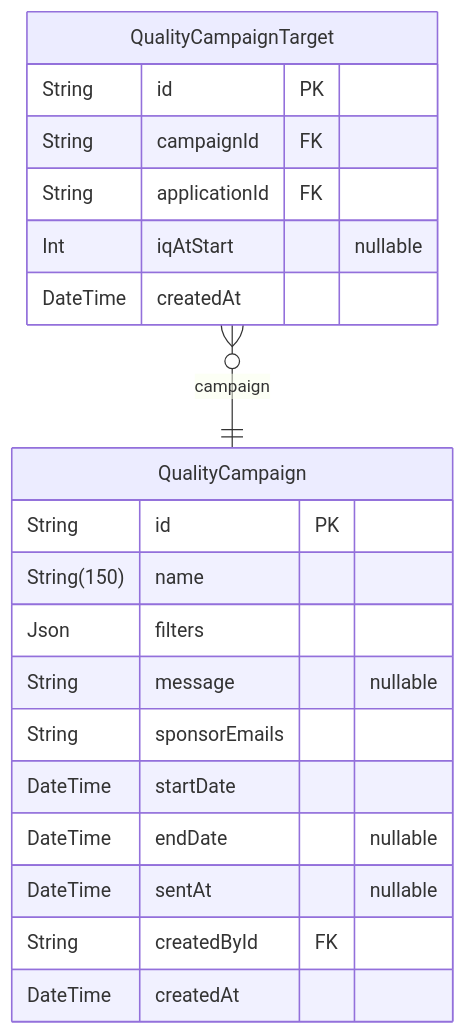
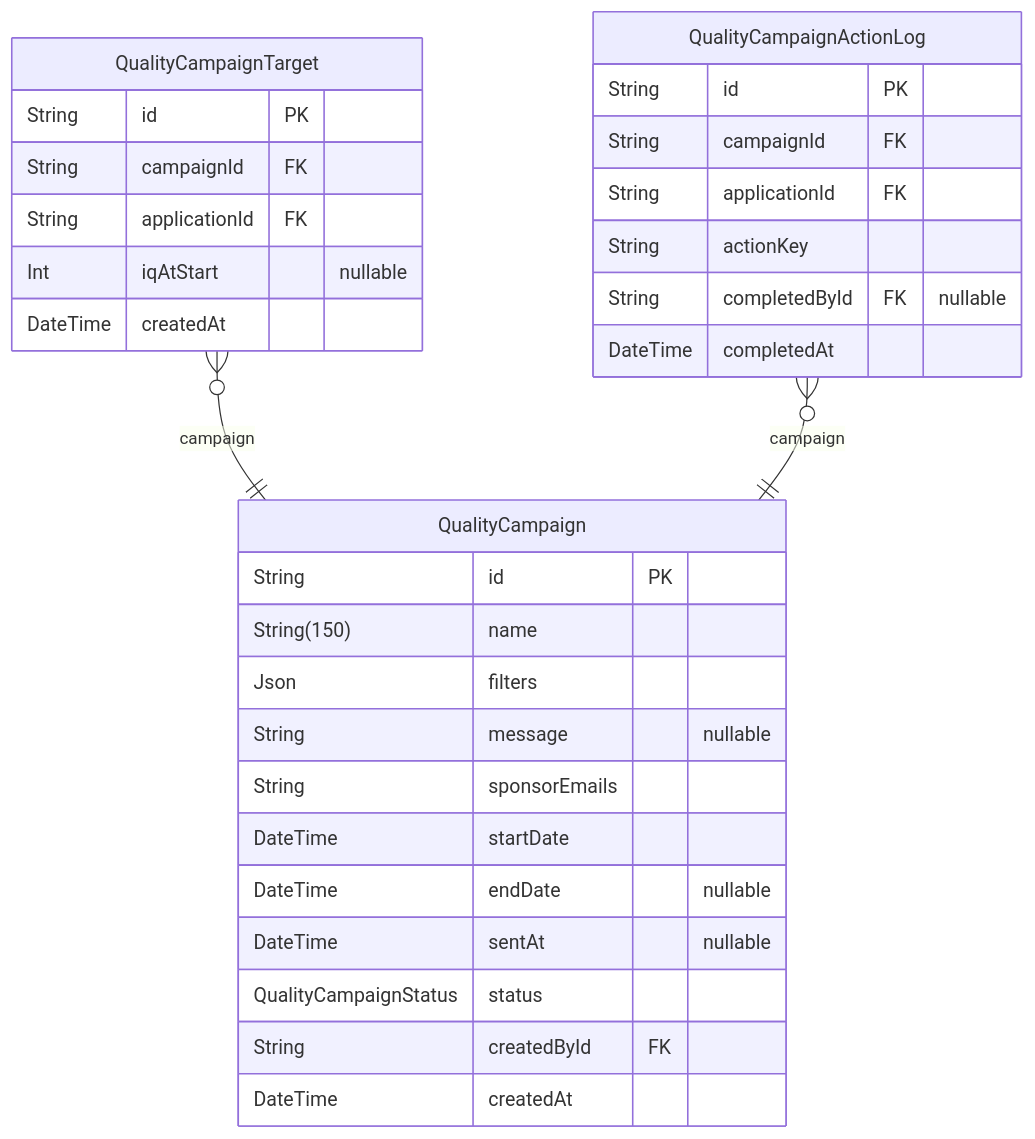
One commit to dnum-mi/referentiel-applications changed diagram 11 of 15 in backend/prisma/docs/schema.md. Above: the diagram before and after it, drawn with Mermaid. The commit also changed other lines of this file and 24 other files, not shown here.

````diff
--- a/backend/prisma/docs/schema.md
+++ b/backend/prisma/docs/schema.md
@@ -1125,23 +1125,33 @@
 ```mermaid
 erDiagram
 "QualityCampaign" {
   String id PK
   String(150) name
   Json filters
   String message "nullable"
   String sponsorEmails
   DateTime startDate
   DateTime endDate "nullable"
   DateTime sentAt "nullable"
+  QualityCampaignStatus status
   String createdById FK
   DateTime createdAt
 }
 "QualityCampaignTarget" {
   String id PK
   String campaignId FK
   String applicationId FK
   Int iqAtStart "nullable"
   DateTime createdAt
 }
+"QualityCampaignActionLog" {
+  String id PK
+  String campaignId FK
+  String applicationId FK
+  String actionKey
+  String completedById FK "nullable"
+  DateTime completedAt
+}
 "QualityCampaignTarget" }o--|| "QualityCampaign" : campaign
+"QualityCampaignActionLog" }o--|| "QualityCampaign" : campaign
 ```
````
